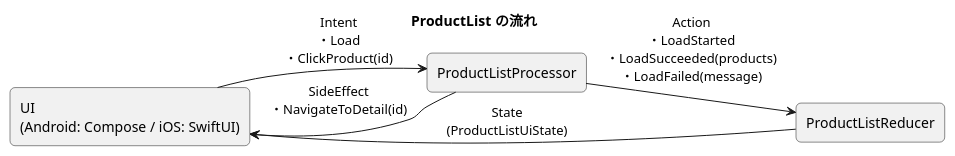
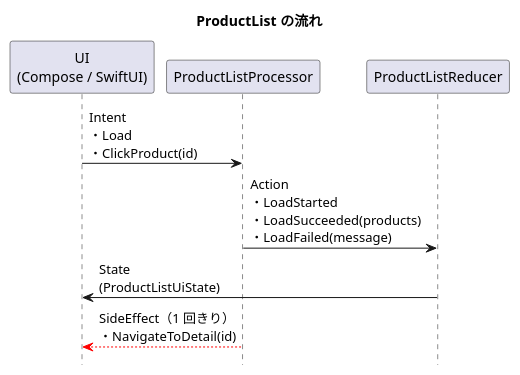
One commit to kuki1582/MyKmp changed the diagram in shared/src/commonMain/kotlin/com/example/mykmp/presentation/productlist/ProductList.puml. Above: the diagram before and after it, drawn with PlantUML.

Commit message:
Draw ProductList flow as a sequence diagram
Sequence diagrams render without Graphviz, so the preview no longer
depends on a local Graphviz install or the smetana layout.

Claude-Session: https://claude.ai/code/session_01CL12Nfghuxh2sKvpS183UW

```diff
--- a/shared/src/commonMain/kotlin/com/example/mykmp/presentation/productlist/ProductList.puml
+++ b/shared/src/commonMain/kotlin/com/example/mykmp/presentation/productlist/ProductList.puml
@@ -1,25 +1,24 @@
 @startuml ProductList
-' Graphviz をインストールしていなくても表示できるよう、PlantUML 内蔵のレイアウトを使う
-!pragma layout smetana
 ' 商品一覧（ProductList）の MVI の流れ
 '
 ' Intent ──▶ Processor ──Action──▶ Reducer ──State──▶ UI
 '                │
 '                └──SideEffect──▶ UI
+'
+' シーケンス図は Graphviz なしで描画できるので、この形式で書いている
 
 title ProductList の流れ
 
-left to right direction
 skinparam shadowing false
-skinparam rectangleRoundCorner 10
+hide footbox
 
-rectangle "UI\n(Android: Compose / iOS: SwiftUI)" as UI
-rectangle "ProductListProcessor" as Processor
-rectangle "ProductListReducer" as Reducer
+participant "UI\n(Compose / SwiftUI)" as UI
+participant "ProductListProcessor" as Processor
+participant "ProductListReducer" as Reducer
 
-UI --> Processor : Intent\n・Load\n・ClickProduct(id)
-Processor --> Reducer : Action\n・LoadStarted\n・LoadSucceeded(products)\n・LoadFailed(message)
-Reducer --> UI : State\n(ProductListUiState)
-Processor --> UI : SideEffect\n・NavigateToDetail(id)
+UI -> Processor : Intent\n・Load\n・ClickProduct(id)
+Processor -> Reducer : Action\n・LoadStarted\n・LoadSucceeded(products)\n・LoadFailed(message)
+Reducer -> UI : State\n(ProductListUiState)
+Processor -[#red]-> UI : SideEffect（1 回きり）\n・NavigateToDetail(id)
 
 @enduml
```
